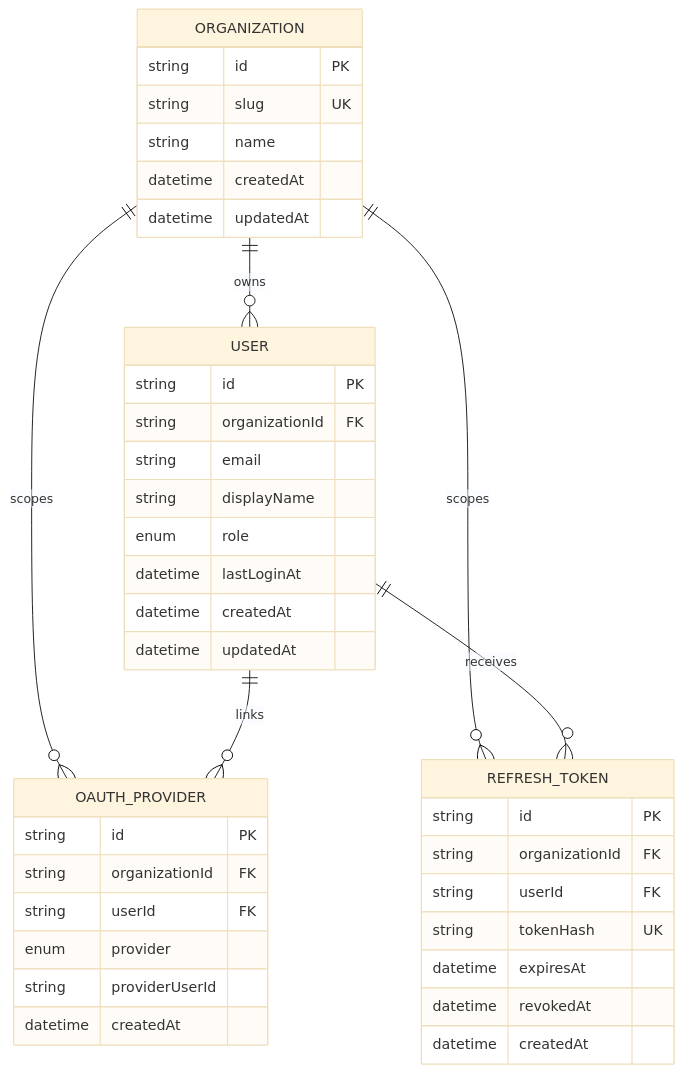
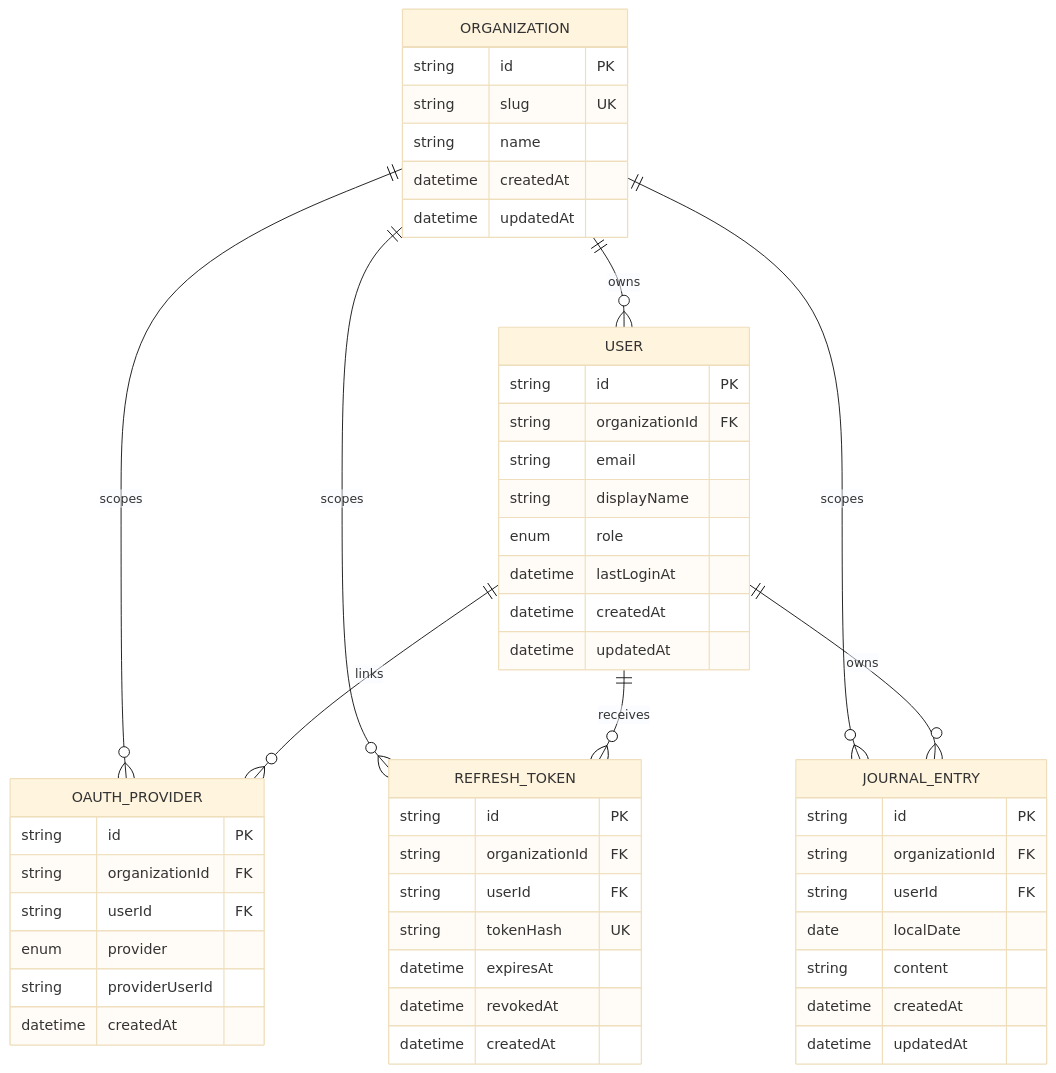
Before and after one commit to pagalvin/portfolio-engineering: the diagram in docs/schema/current.md, drawn with Mermaid (base theme). The commit also changed other lines of this file and 60 other files, not shown here.

````diff
--- a/docs/schema/current.md
+++ b/docs/schema/current.md
@@ -20,46 +21,58 @@
 ```mermaid
 erDiagram
     ORGANIZATION ||--o{ USER : owns
     ORGANIZATION ||--o{ OAUTH_PROVIDER : scopes
     ORGANIZATION ||--o{ REFRESH_TOKEN : scopes
+    ORGANIZATION ||--o{ JOURNAL_ENTRY : scopes
     USER ||--o{ OAUTH_PROVIDER : links
     USER ||--o{ REFRESH_TOKEN : receives
+    USER ||--o{ JOURNAL_ENTRY : owns
 
     ORGANIZATION {
       string id PK
       string slug UK
       string name
       datetime createdAt
       datetime updatedAt
     }
 
     USER {
       string id PK
       string organizationId FK
       string email
       string displayName
       enum role
       datetime lastLoginAt
       datetime createdAt
       datetime updatedAt
     }
 
     OAUTH_PROVIDER {
       string id PK
       string organizationId FK
       string userId FK
       enum provider
       string providerUserId
       datetime createdAt
     }
 
     REFRESH_TOKEN {
       string id PK
       string organizationId FK
       string userId FK
       string tokenHash UK
       datetime expiresAt
       datetime revokedAt
       datetime createdAt
     }
+
+    JOURNAL_ENTRY {
+      string id PK
+      string organizationId FK
+      string userId FK
+      date localDate
+      string content
+      datetime createdAt
+      datetime updatedAt
+    }
 ```
````
